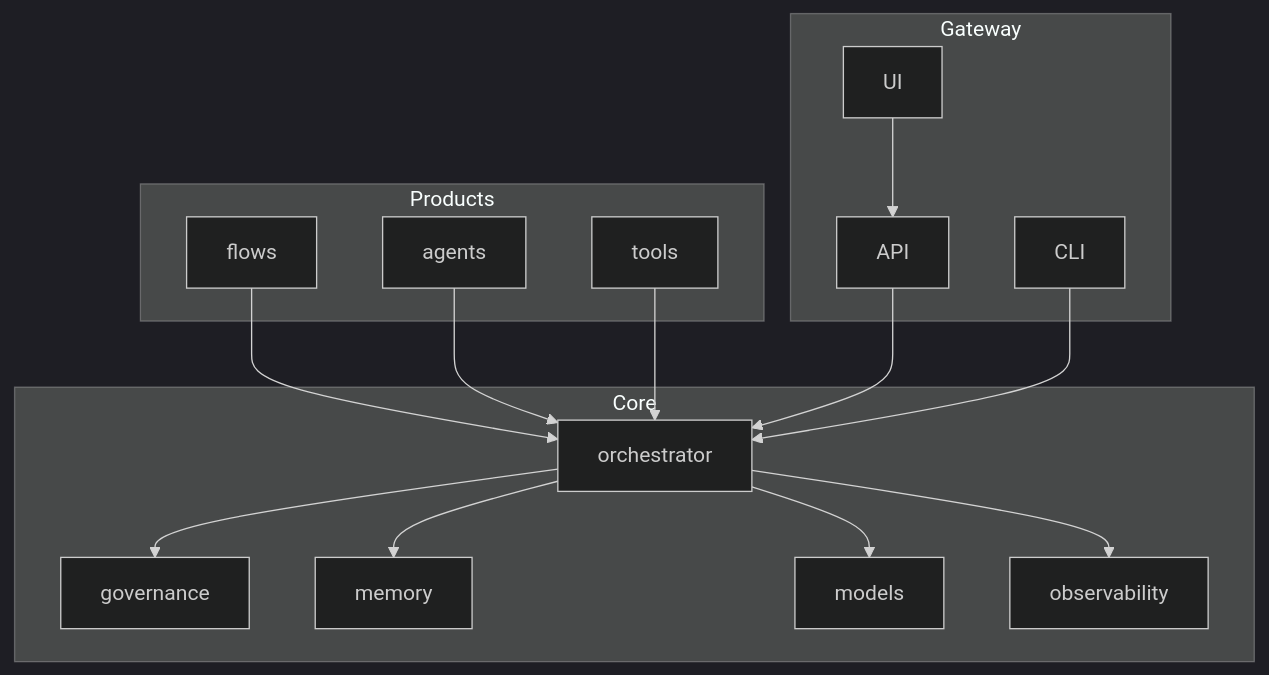
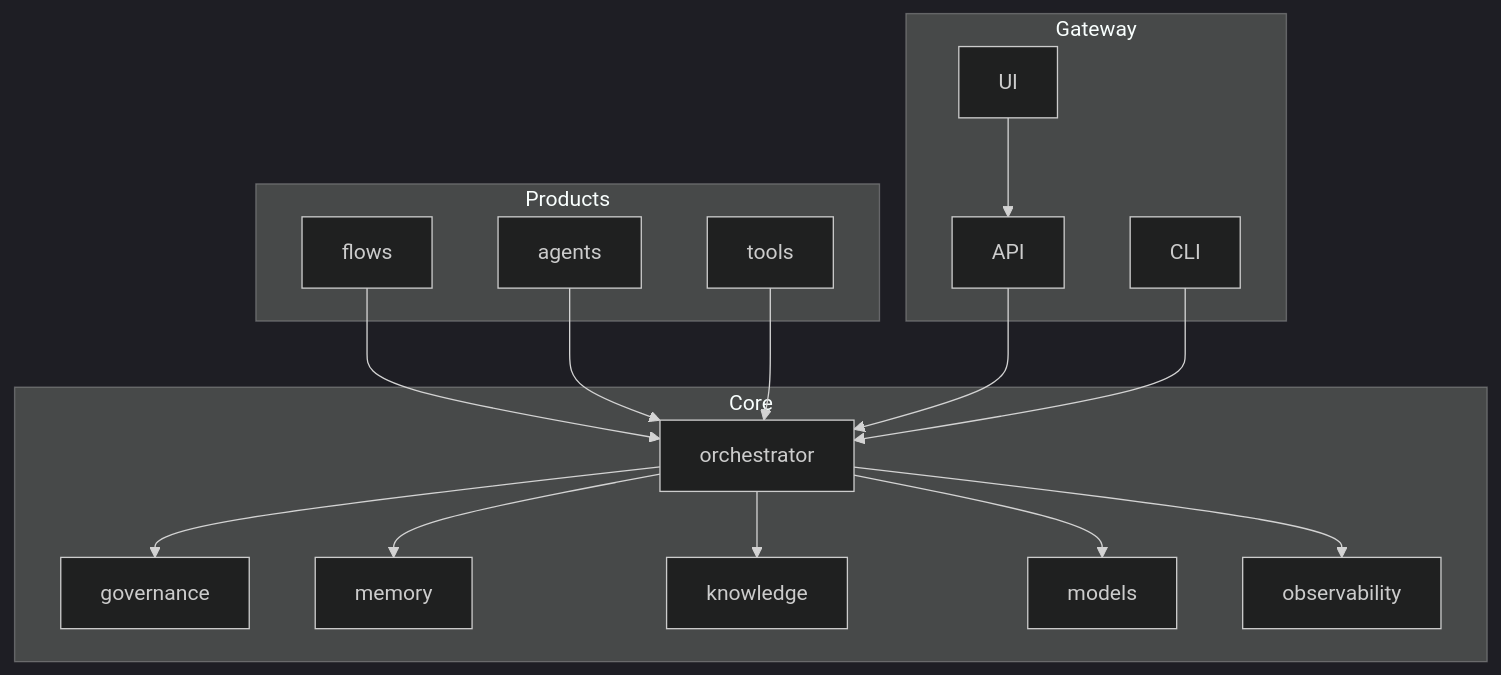
Before and after one commit to chethanp11/master: the first of 9 diagrams in docs/core_architecture.md, drawn with Mermaid (dark theme). The commit also changed other lines of this file and 12 other files, not shown here.

````diff
--- a/docs/core_architecture.md
+++ b/docs/core_architecture.md
@@ -44,31 +44,33 @@
 ```mermaid
 flowchart TB
   subgraph Products
     PF[flows]
     PA[agents]
     PT[tools]
   end
   subgraph Core
     ORC[orchestrator]
     GOV[governance]
     MEM[memory]
+    KNO[knowledge]
     MOD[models]
     LOG[observability]
   end
   subgraph Gateway
     API[API]
     UI[UI]
     CLI[CLI]
   end
 
   PF --> ORC
   PA --> ORC
   PT --> ORC
   API --> ORC
   CLI --> ORC
   UI --> API
   ORC --> GOV
   ORC --> MEM
   ORC --> LOG
   ORC --> MOD
+  ORC --> KNO
 ```
````
